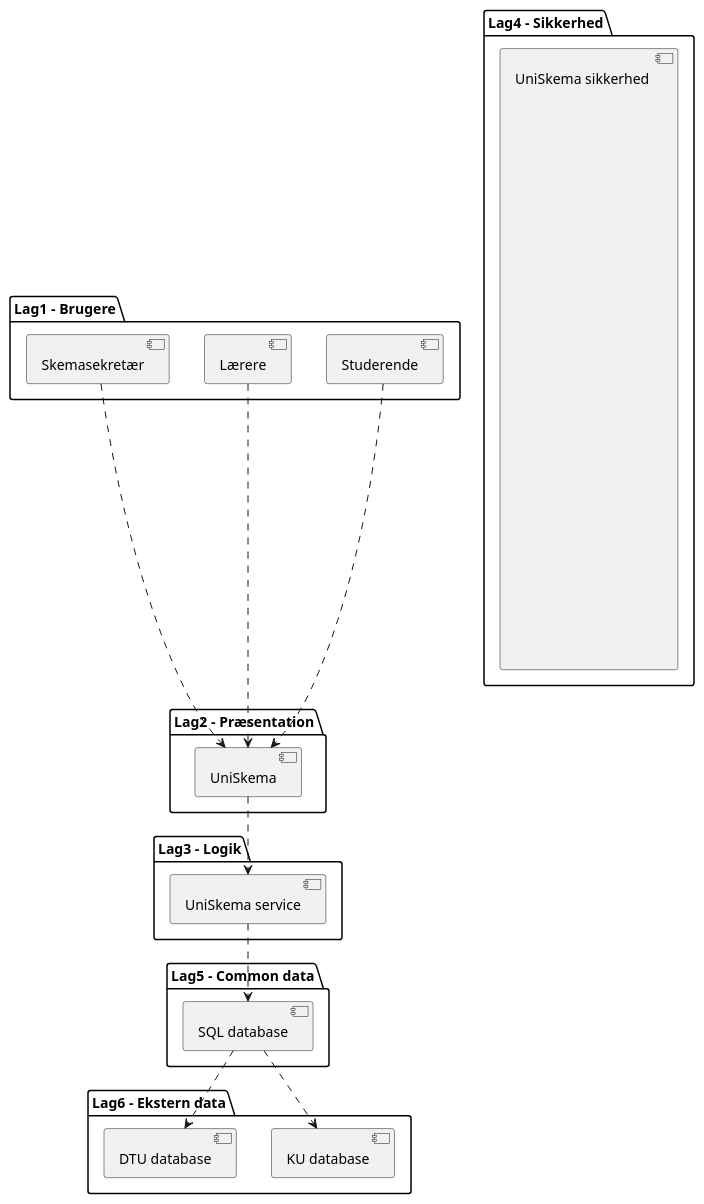
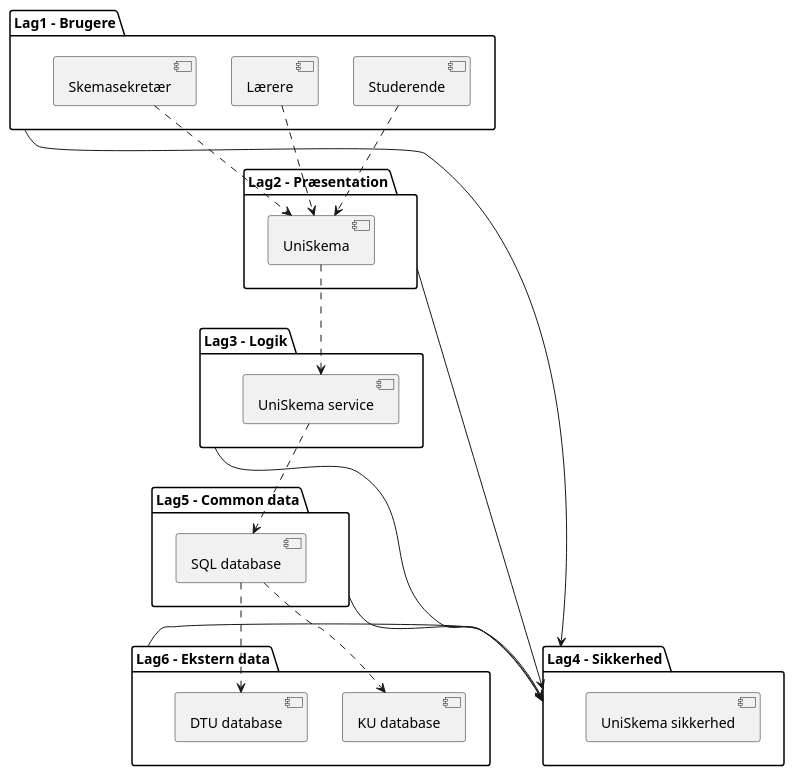
Before and after one commit to MadsSchroder/Systemudvikling-Eksamen-KU: the diagram in Diagrams/arkitektur diagram.puml, drawn with PlantUML.

Commit message:
Arkitektur diagrem

```diff
--- a/Diagrams/arkitektur diagram.puml
+++ b/Diagrams/arkitektur diagram.puml
@@ -1,38 +1,48 @@
 @startuml
-package "Lag1 - Brugere" {
-  [Studerende]
-  [Lærere]
-  [Skemasekretær]
+left to right direction
+together {
+top to bottom direction
+package "Lag1 - Brugere" as l1 {
+[Studerende]
+[Lærere]
+[Skemasekretær]
+}
+package "Lag2 - Præsentation" as l2 {
+[UniSkema]
+}
+package "Lag3 - Logik" as l3 {
+[UniSkema service]
+}
+package "Lag5 - Common data" as l5 {
+[SQL database]
 }
 
-package "Lag2 - Præsentation" {
-  [UniSkema]
+package "Lag6 - Ekstern data" as l6 {
+[KU database]
+[DTU database]
 }
 
-package "Lag3 - Logik" {
-  [UniSkema service]
+}
+package "Lag4 - Sikkerhed" as l4 {
+[UniSkema sikkerhed] as a
 }
 
-package "Lag4 - Sikkerhed" {
-    [UniSkema sikkerhed \n\n\n\n\n\n\n\n\n\n\n\n\n\n\n\n\n\n\n\n\n\n\n\n\n\n\n\n\n\n]
-}
+l1 -> l4
+l2 -> l4
+l3 -> l4
+l5 -> l4
+l6 -> l4
 
-package "Lag5 - Common data" {
-    [SQL database]
-}
-
-package "Lag6 - Ekstern data" {
-    [KU database]
-    [DTU database]
-}
 
 [Studerende] ..> [UniSkema]
 [Skemasekretær] ..> [UniSkema]
+
 [Lærere] ..> [UniSkema]
 [UniSkema] ..> [UniSkema service]
 [UniSkema service] ..> [SQL database]
 [SQL database] ..> [KU database]
 [SQL database] ..> [DTU database]
 
-
+[Studerende] ..[hidden]> a
+[UniSkema service] ..[hidden]> a
 @enduml
```
